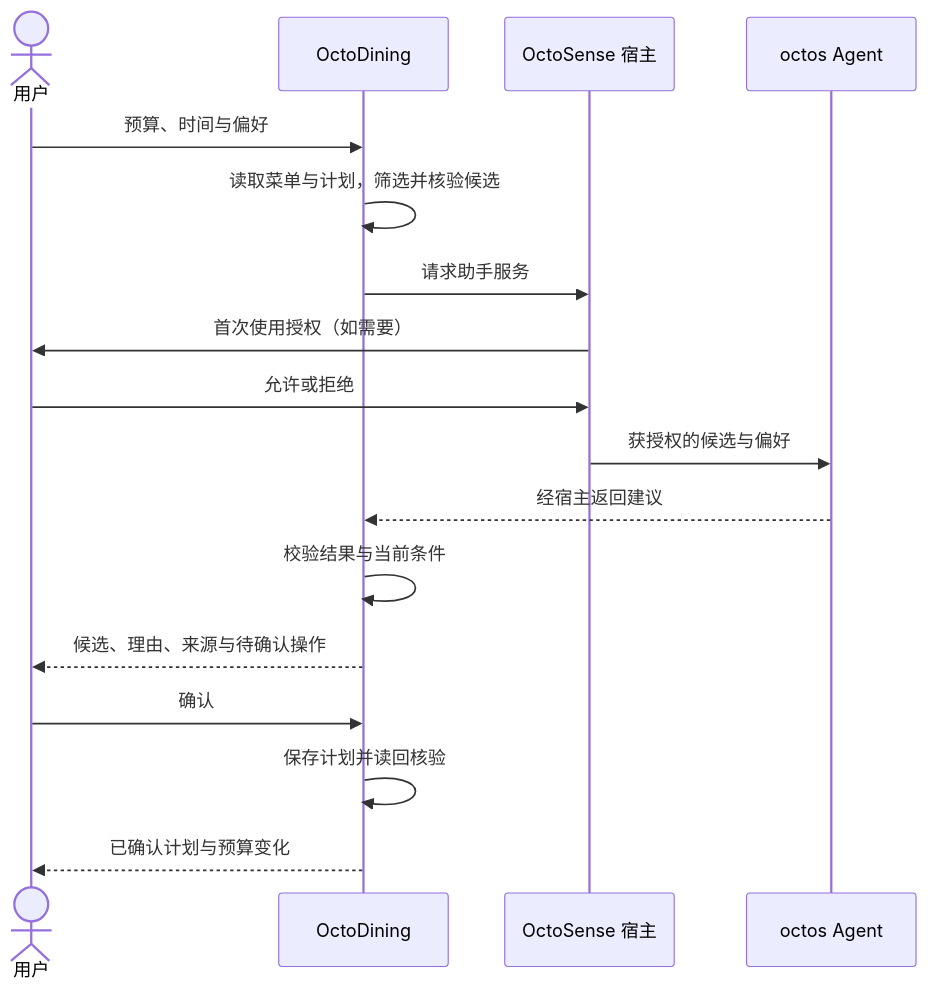
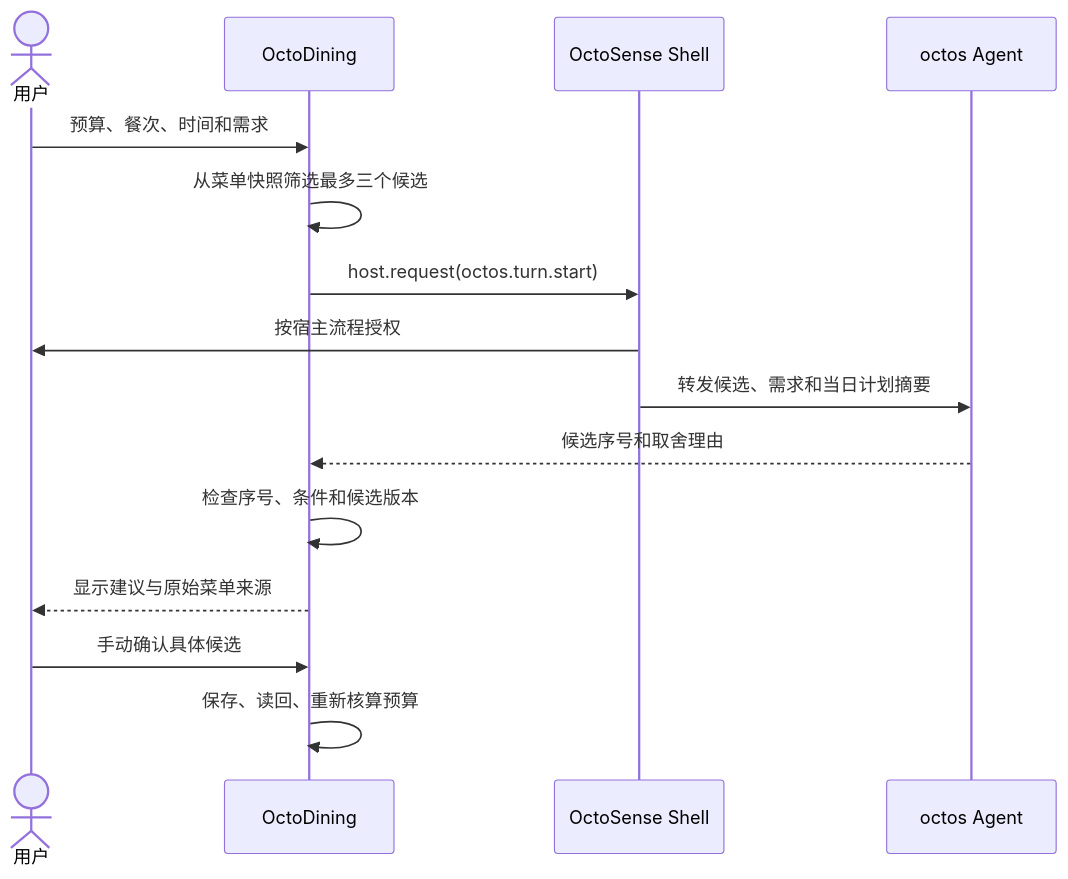
The diagram in docs/ARCHITECTURE.md (windy664/OctoDining), drawn with Mermaid before and after one commit. The commit also changed other lines of this file and 11 other files, not shown here.

````diff
--- a/docs/ARCHITECTURE.md
+++ b/docs/ARCHITECTURE.md
@@ -22,19 +22,17 @@
 ```mermaid
 sequenceDiagram
     actor U as 用户
     participant A as OctoDining
-    participant H as OctoSense 宿主
+    participant H as OctoSense Shell
     participant O as octos Agent
-    U->>A: 预算、时间与偏好
-    A->>A: 读取菜单与计划，筛选并核验候选
-    A->>H: 请求助手服务
-    H->>U: 首次使用授权（如需要）
-    U->>H: 允许或拒绝
-    H->>O: 获授权的候选与偏好
-    O-->>A: 经宿主返回建议
-    A->>A: 校验结果与当前条件
-    A-->>U: 候选、理由、来源与待确认操作
-    U->>A: 确认
-    A->>A: 保存计划并读回核验
-    A-->>U: 已确认计划与预算变化
+    U->>A: 预算、餐次、时间和需求
+    A->>A: 从菜单快照筛选最多三个候选
+    A->>H: host.request(octos.turn.start)
+    H->>U: 按宿主流程授权
+    H->>O: 转发候选、需求和当日计划摘要
+    O-->>A: 候选序号和取舍理由
+    A->>A: 检查序号、条件和候选版本
+    A-->>U: 显示建议与原始菜单来源
+    U->>A: 手动确认具体候选
+    A->>A: 保存、读回、重新核算预算
 ```
````
